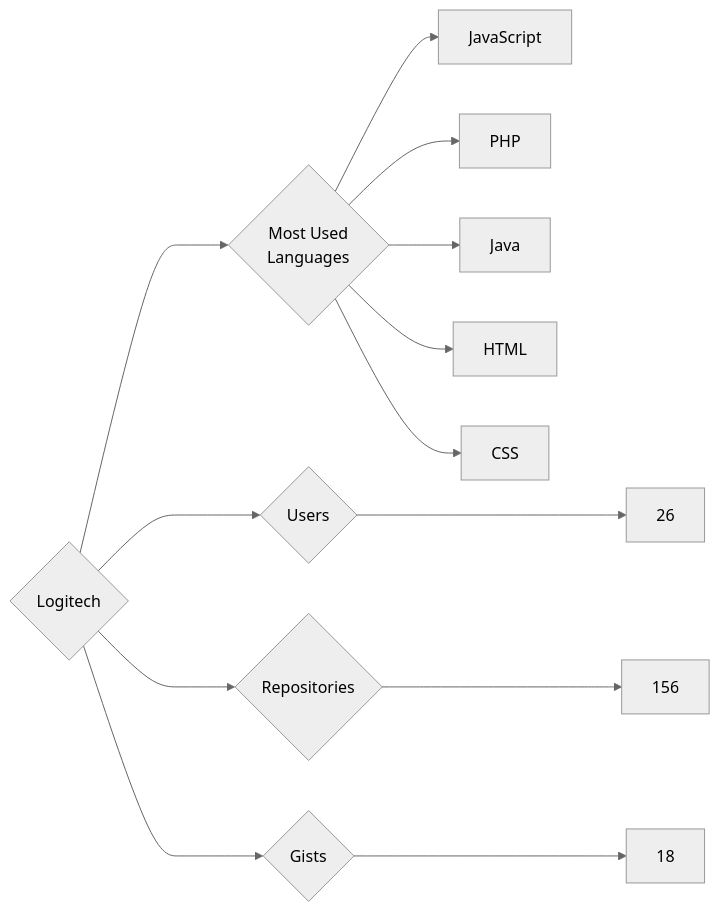
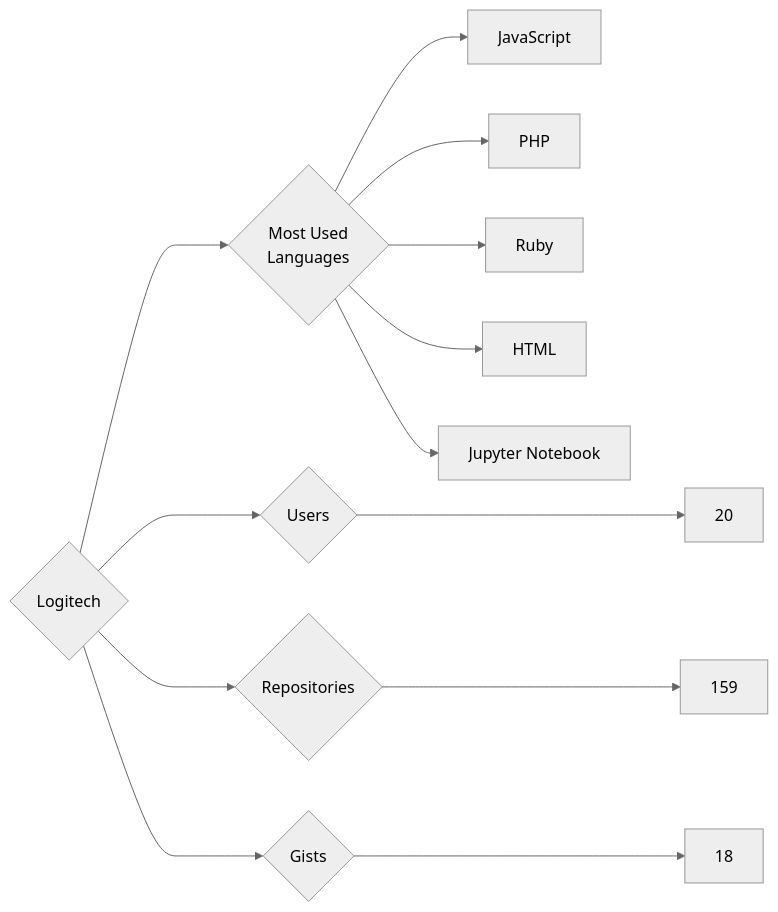
The diagram in targets/Logitech/README.md (trickest/insiders), drawn with Mermaid (neutral theme) before and after one commit. The commit also changed 723 other files, not shown here.

````diff
--- a/targets/Logitech/README.md
+++ b/targets/Logitech/README.md
@@ -3,13 +3,13 @@
 ```mermaid
 graph LR
 COMPANY_NAME{Logitech}
-COMPANY_NAME ---> U{Users} ---> UN[26]
-COMPANY_NAME ---> R{Repositories} ---> RN[156]
+COMPANY_NAME ---> U{Users} ---> UN[20]
+COMPANY_NAME ---> R{Repositories} ---> RN[159]
 COMPANY_NAME ---> G{Gists} ---> GN[18]
 COMPANY_NAME ---> ML{Most Used<br>Languages}
 ML --> JavaScript[JavaScript]
 ML --> PHP[PHP]
-ML --> Java[Java]
+ML --> Ruby[Ruby]
 ML --> HTML[HTML]
-ML --> CSS[CSS]
+ML --> Jupyter_Notebook[Jupyter Notebook]
 ```
````
